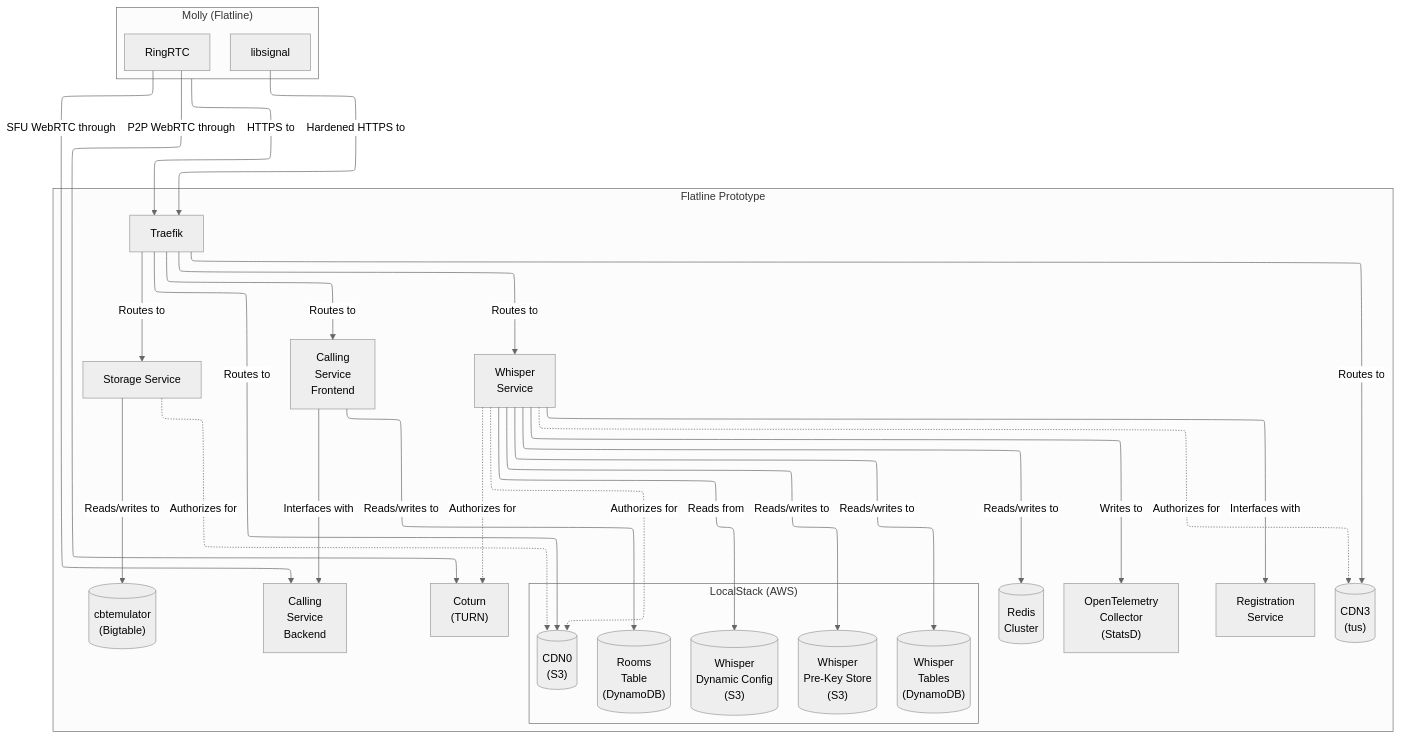
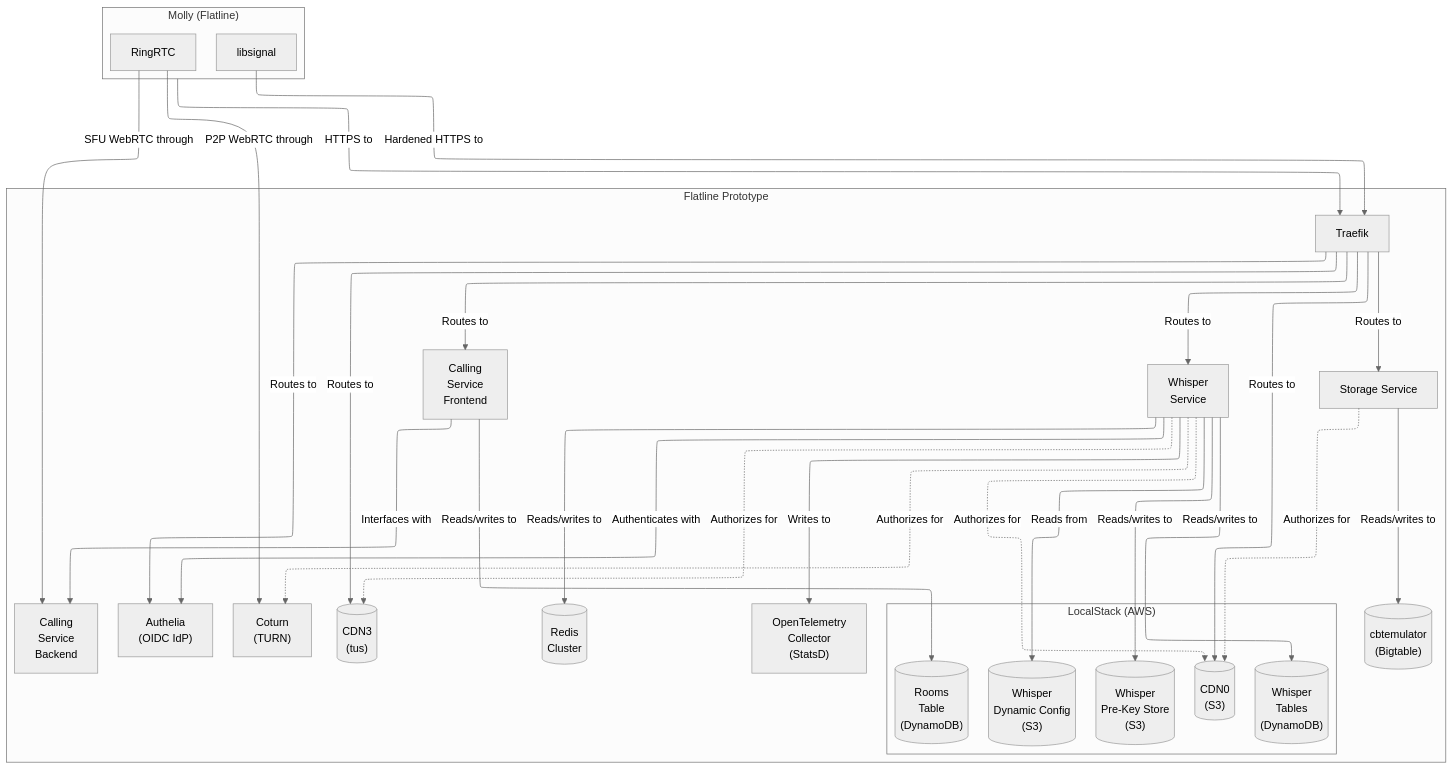
Before and after one commit to mollyim/flatline-platform: the diagram in docs/architecture.mmd, drawn with Mermaid. The commit also changed 4 other files, not shown here.

Commit message:
doc: remove registration service from docs

```diff
--- a/docs/architecture.mmd
+++ b/docs/architecture.mmd
@@ -1,62 +1,63 @@
 ---
 config:
   theme: "neutral"
   flowchart:
     defaultRenderer: "elk"
 ---
 
 flowchart TD
     molly -->|HTTPS to| traefik
     libsignal -->|Hardened HTTPS to| traefik
     ringrtc -->|P2P WebRTC through| coturn
     ringrtc -->|SFU WebRTC through| calling-backend
 
     traefik -->|Routes to| whisper
     traefik -->|Routes to| storage
     traefik -->|Routes to| cdn0
     traefik -->|Routes to| cdn3
     traefik -->|Routes to| calling-frontend
+    traefik -->|Routes to| authelia
 
     whisper -->|Reads/writes to| redis
-    whisper -->|Interfaces with| registration
+    whisper -->|Authenticates with| authelia
     whisper -.->|Authorizes for| cdn0
     whisper -.->|Authorizes for| cdn3
     whisper -.->|Authorizes for| coturn
     whisper -->|Reads/writes to| whisper-pre-key-store
     whisper -->|Reads/writes to| whisper-tables
     whisper -->|Reads from| whisper-dynamic-config
     whisper -->|Writes to| otel
 
     storage -->|Reads/writes to| cbtemulator
     storage -.->|Authorizes for| cdn0
 
     calling-frontend -->|Interfaces with| calling-backend
     calling-frontend -->|Reads/writes to| rooms-table
 
     subgraph molly["Molly (Flatline)"]
         libsignal[libsignal]
         ringrtc[RingRTC]
     end
 
     subgraph localstack["LocalStack (AWS)"]
         cdn0@{ shape: cyl, label: "CDN0<br>(S3)" }
         whisper-tables@{ shape: cyl, label: "Whisper<br>Tables<br>(DynamoDB)" }
         rooms-table@{ shape: cyl, label: "Rooms<br>Table<br>(DynamoDB)" }
         whisper-dynamic-config@{ shape: cyl, label: "Whisper<br>Dynamic Config<br>(S3)" }
         whisper-pre-key-store@{ shape: cyl, label: "Whisper<br>Pre-Key Store<br>(S3)" }
     end
 
     subgraph flatline["Flatline Prototype"]
         traefik[Traefik]
         whisper[Whisper<br>Service]
         storage[Storage Service]
         localstack[LocalStack]
-        registration[Registration<br>Service]
         calling-frontend[Calling<br>Service<br>Frontend]
         calling-backend[Calling<br>Service<br>Backend]
         coturn["Coturn<br>(TURN)"]
+        authelia["Authelia<br>(OIDC IdP)"]
         cdn3@{ shape: cyl, label: "CDN3<br>(tus)" }
         redis@{ shape: cyl, label: "Redis<br>Cluster"}
         cbtemulator@{ shape: cyl, label: "cbtemulator<br>(Bigtable)"}
         otel["OpenTelemetry<br>Collector<br>(StatsD)"]
     end
```
